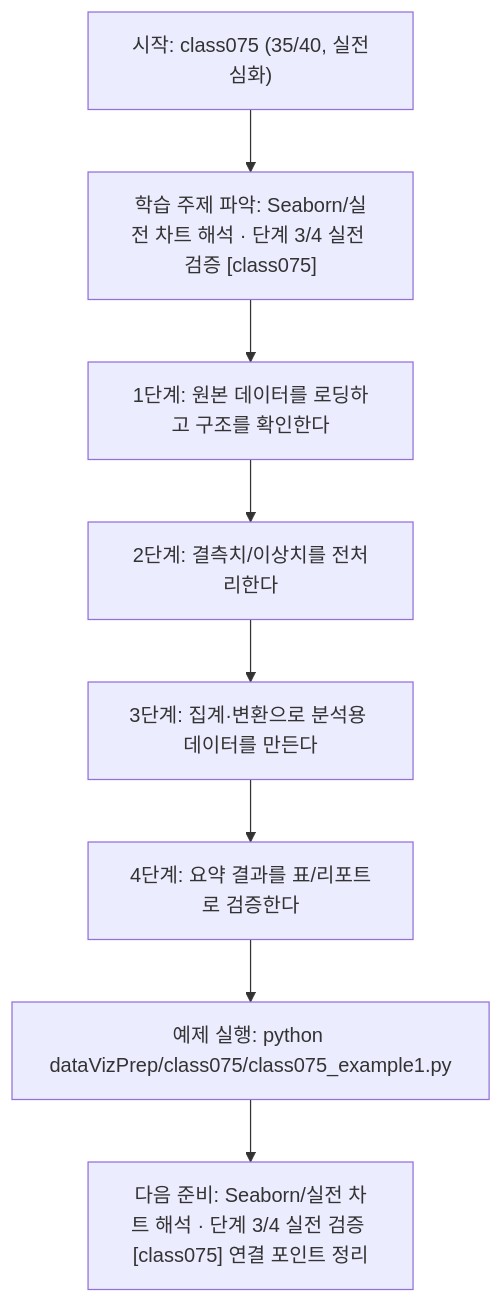
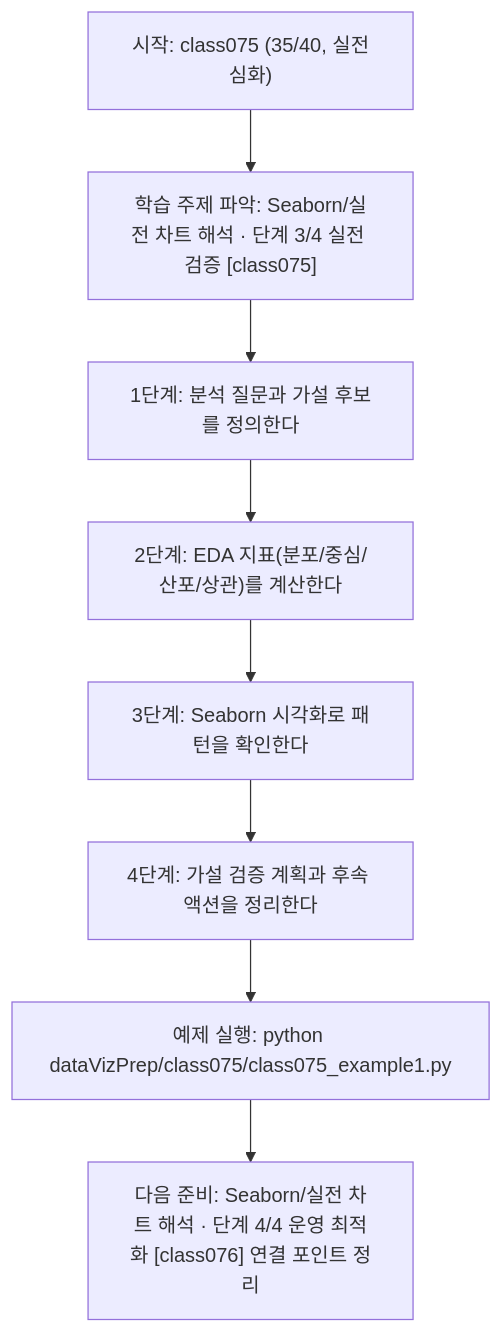
One commit to edumgt/Python-AI_Agent-Class changed the diagram in dataVizPrep/class075/class075.md. Above: the diagram before and after it, drawn with Mermaid. The commit also changed other lines of this file and 283 other files, not shown here.

````diff
--- a/dataVizPrep/class075/class075.md
+++ b/dataVizPrep/class075/class075.md
@@ -112,18 +92,18 @@
 ```mermaid
 flowchart TD
 N1["시작: class075 (35/40, 실전심화)"]
 N2["학습 주제 파악: Seaborn/실전 차트 해석 · 단계 3/4 실전 검증 [class075]"]
-N3["1단계: 원본 데이터를 로딩하고 구조를 확인한다"]
-N4["2단계: 결측치/이상치를 전처리한다"]
-N5["3단계: 집계·변환으로 분석용 데이터를 만든다"]
-N6["4단계: 요약 결과를 표/리포트로 검증한다"]
+N3["1단계: 분석 질문과 가설 후보를 정의한다"]
+N4["2단계: EDA 지표(분포/중심/산포/상관)를 계산한다"]
+N5["3단계: Seaborn 시각화로 패턴을 확인한다"]
+N6["4단계: 가설 검증 계획과 후속 액션을 정리한다"]
 N7["예제 실행: python dataVizPrep/class075/class075_example1.py"]
-N8["다음 준비: Seaborn/실전 차트 해석 · 단계 3/4 실전 검증 [class075] 연결 포인트 정리"]
+N8["다음 준비: Seaborn/실전 차트 해석 · 단계 4/4 운영 최적화 [class076] 연결 포인트 정리"]
 N1 --> N2
 N2 --> N3
 N3 --> N4
 N4 --> N5
 N5 --> N6
 N6 --> N7
 N7 --> N8
 ```
````
